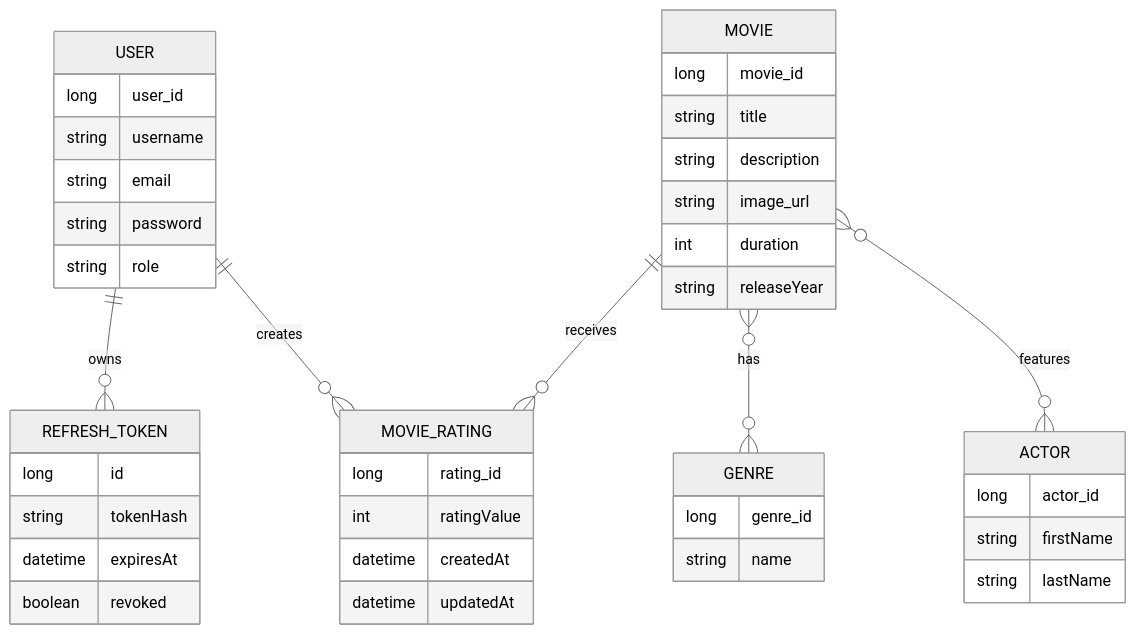
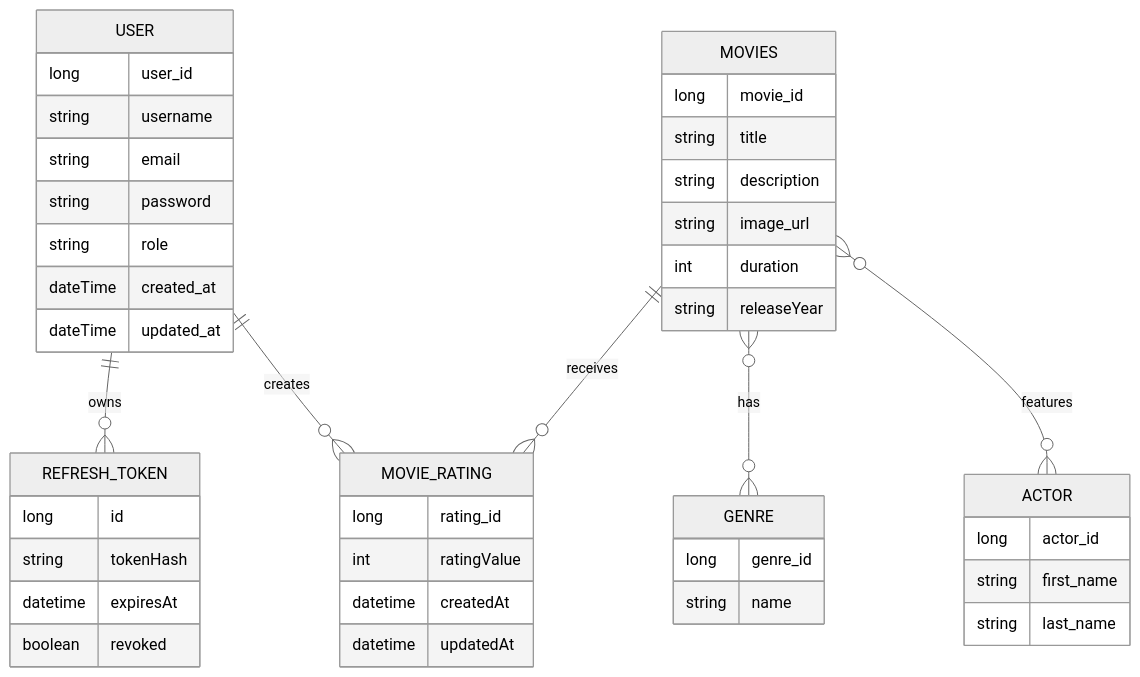
Before and after one commit to ADHEni/movieflex: the diagram in README.md, drawn with Mermaid (neutral theme). The commit also changed 2 other files, not shown here.

Commit message:
fix: MovieRepository search methods fixed v1.1

````diff
--- a/README.md
+++ b/README.md
@@ -461,51 +461,53 @@
 ```mermaid
 erDiagram
     USER ||--o{ REFRESH_TOKEN : owns
     USER ||--o{ MOVIE_RATING : creates
-    MOVIE ||--o{ MOVIE_RATING : receives
+    MOVIES ||--o{ MOVIE_RATING : receives
 
-    MOVIE }o--o{ GENRE : has
-    MOVIE }o--o{ ACTOR : features
+    MOVIES }o--o{ GENRE : has
+    MOVIES }o--o{ ACTOR : features
 
     USER {
         long user_id
         string username
         string email
         string password
         string role
+        dateTime created_at
+        dateTime updated_at
     }
 
-    MOVIE {
+    MOVIES {
         long movie_id
         string title
         string description
         string image_url
         int duration
         string releaseYear
     }
 
     MOVIE_RATING {
         long rating_id
         int ratingValue
         datetime createdAt
         datetime updatedAt
     }
 
     REFRESH_TOKEN {
         long id
         string tokenHash
         datetime expiresAt
         boolean revoked
     }
 
     GENRE {
         long genre_id
         string name
     }
 
     ACTOR {
         long actor_id
-        string firstName
-        string lastName
+        string first_name
+        string last_name
     }
 ```
````
